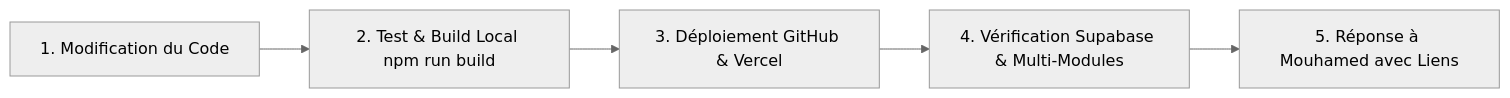
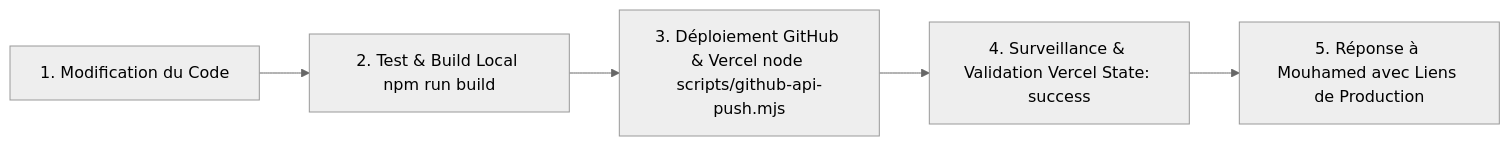
One commit to 97-27/Saas-SchoolFlow changed the diagram in .agents/rules/verification-and-deployment-protocol.md. Above: the diagram before and after it, drawn with Mermaid (neutral theme). The commit also changed other lines of this file and 12 other files, not shown here.

Commit message:
fix: resolve Vercel build with clean ESLint configuration and complete school modules synchronization

````diff
--- a/.agents/rules/verification-and-deployment-protocol.md
+++ b/.agents/rules/verification-and-deployment-protocol.md
@@ -11,7 +11,7 @@
 ```mermaid
 flowchart LR
     A[1. Modification du Code] --> B[2. Test & Build Local npm run build]
-    B --> C[3. Déploiement GitHub & Vercel]
-    C --> D[4. Vérification Supabase & Multi-Modules]
-    D --> E[5. Réponse à Mouhamed avec Liens]
+    B --> C[3. Déploiement GitHub & Vercel node scripts/github-api-push.mjs]
+    C --> D[4. Surveillance & Validation Vercel State: success]
+    D --> E[5. Réponse à Mouhamed avec Liens de Production]
 ```
````
